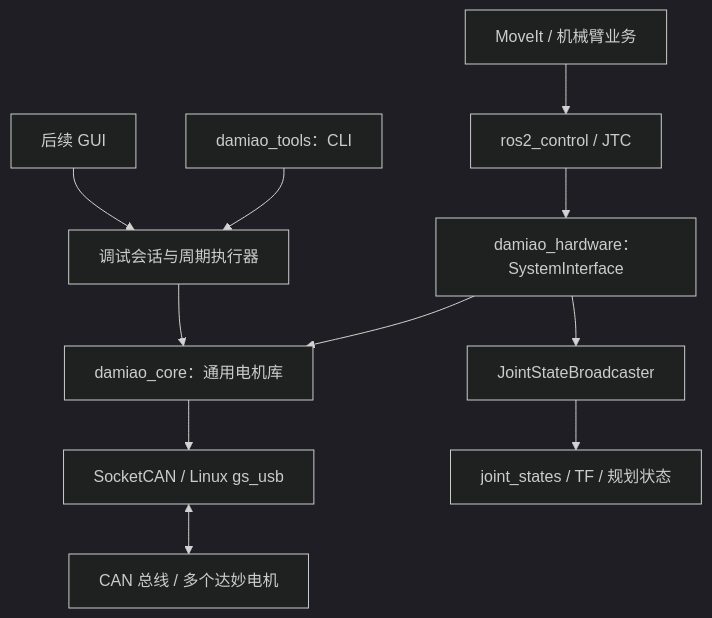
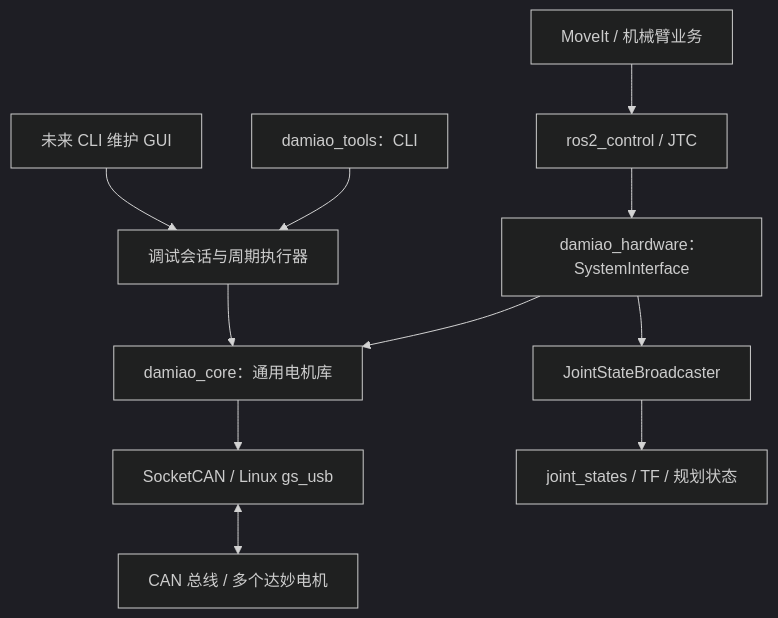
Before and after one commit to qihemu/Arm-ZayV2: the first of 4 diagrams in docs/damiao-development-guide.md, drawn with Mermaid (dark theme). The commit also changed other lines of this file and 5 other files, not shown here.

````diff
--- a/docs/damiao-development-guide.md
+++ b/docs/damiao-development-guide.md
@@ -106,13 +107,13 @@
 ```mermaid
 flowchart TB
     A["MoveIt / 机械臂业务"] --> B["ros2_control / JTC"]
     B --> C["damiao_hardware：SystemInterface"]
     C --> D["damiao_core：通用电机库"]
     E["damiao_tools：CLI"] --> F["调试会话与周期执行器"]
-    G["后续 GUI"] --> F
+    G["未来 CLI 维护 GUI"] --> F
     F --> D
     D --> H["SocketCAN / Linux gs_usb"]
     H <--> I["CAN 总线 / 多个达妙电机"]
     C --> J["JointStateBroadcaster"]
     J --> K["joint_states / TF / 规划状态"]
 ```
````
